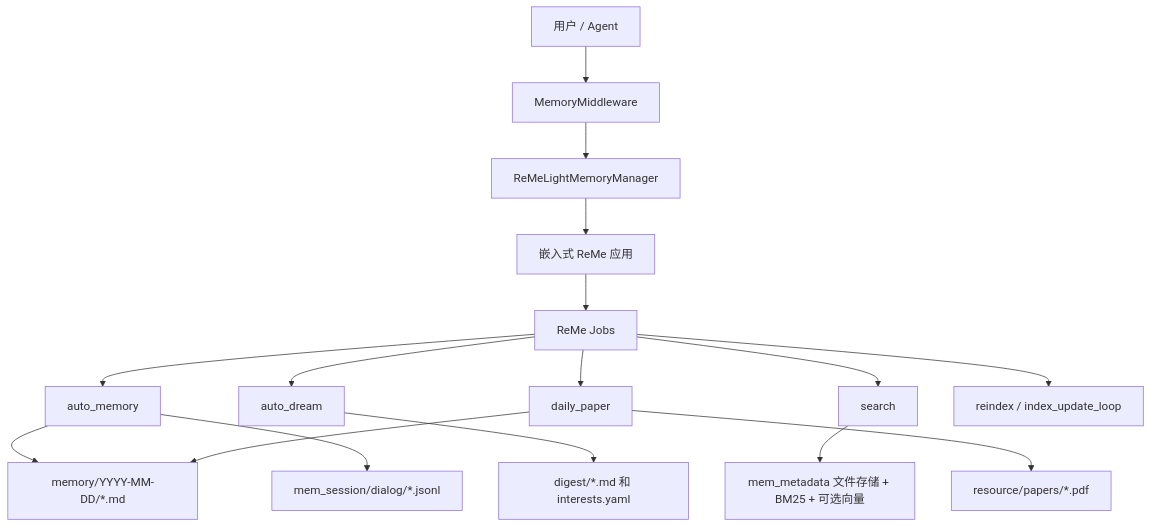
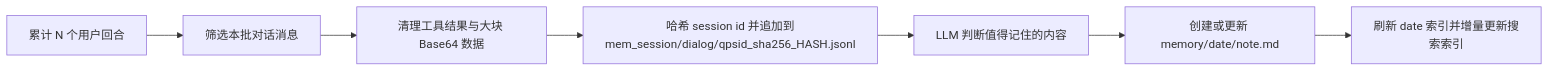
Before and after one commit to 1105623876/QwenPaw: the first of 3 diagrams in website/public/docs/memory.zh.md, drawn with Mermaid. The commit also changed other lines of this file and 13 other files, not shown here.

````diff
--- a/website/public/docs/memory.zh.md
+++ b/website/public/docs/memory.zh.md
@@ -25,18 +117,9 @@
 ```mermaid
-graph TB
-    User[用户 / Agent] --> Middleware[MemoryMiddleware]
-    Middleware --> Manager[ReMeLightMemoryManager]
-    Manager --> ReMe[嵌入式 ReMe 应用]
-    ReMe --> Jobs[ReMe Jobs]
-    Jobs --> AutoMemory[auto_memory]
-    Jobs --> AutoDream[auto_dream]
-    Jobs --> Search[search]
-    Jobs --> DailyPaper[daily_paper]
-    Jobs --> Reindex[reindex / index_update_loop]
-    AutoMemory --> Daily[memory/YYYY-MM-DD/*.md]
-    AutoMemory --> Session[mem_session/dialog/*.jsonl]
-    AutoDream --> Digest[digest/*.md 和 interests.yaml]
-    DailyPaper --> ResourceDir[resource/papers/*.pdf]
-    DailyPaper --> Daily
-    Search --> Store[mem_metadata 文件存储 + BM25 + 可选向量]
+flowchart LR
+    A[累计 N 个用户回合] --> B[筛选本批对话消息]
+    B --> C[清理工具结果与大块 Base64 数据]
+    C --> D[哈希 session id 并追加到<br/>mem_session/dialog/qpsid_sha256_HASH.jsonl]
+    D --> E[LLM 判断值得记住的内容]
+    E --> F[创建或更新 memory/date/note.md]
+    F --> G[刷新 date 索引并增量更新搜索索引]
 ```
````
